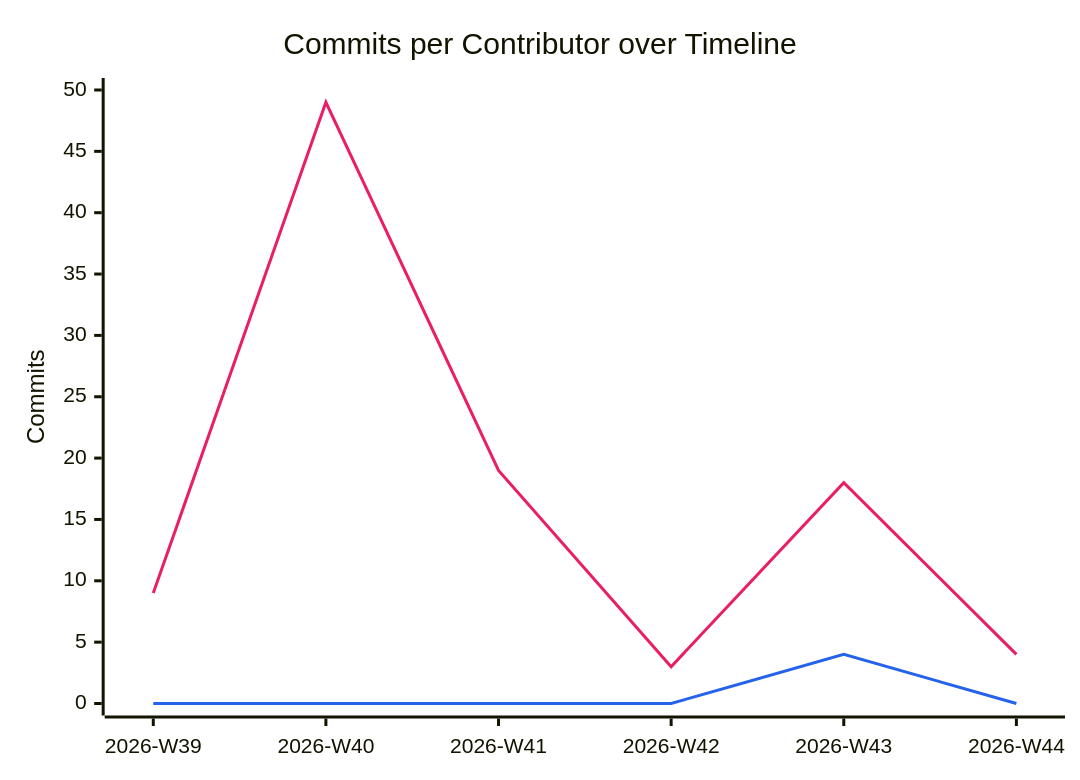
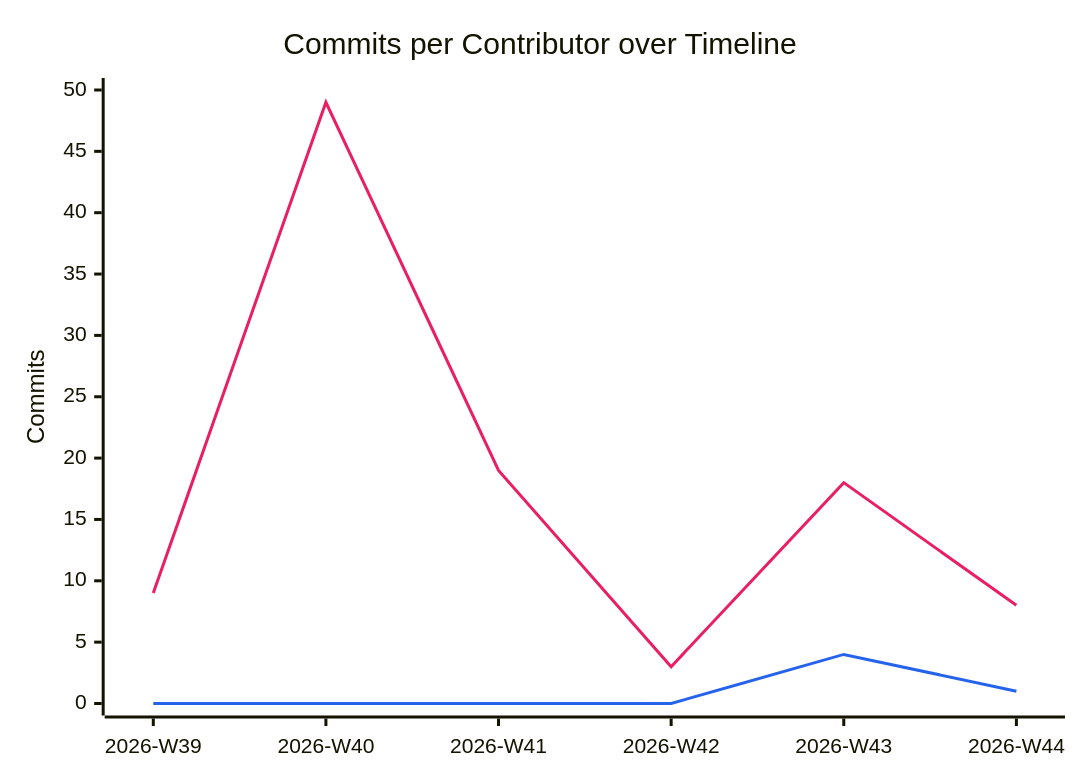
One commit to BeyondMagic/wisp changed the diagram in documentation/snippets/management/commit-velocity.mmd. Above: the diagram before and after it, drawn with Mermaid. The commit also changed 2 other files, not shown here.

```diff
--- a/documentation/snippets/management/commit-velocity.mmd
+++ b/documentation/snippets/management/commit-velocity.mmd
@@ -1,7 +1,7 @@
 %%{init: {"themeVariables": {"xyChart": {"plotColorPalette": "#e91e63, #2563eb"}}}}%%
 xychart-beta
     title "Commits per Contributor over Timeline"
     x-axis ["2026-W39", "2026-W40", "2026-W41", "2026-W42", "2026-W43", "2026-W44"]
     y-axis "Commits" 0 --> 50
-    line [9, 49, 19, 3, 18, 4]
-    line [0, 0, 0, 0, 4, 0]
+    line [9, 49, 19, 3, 18, 8]
+    line [0, 0, 0, 0, 4, 1]
```
